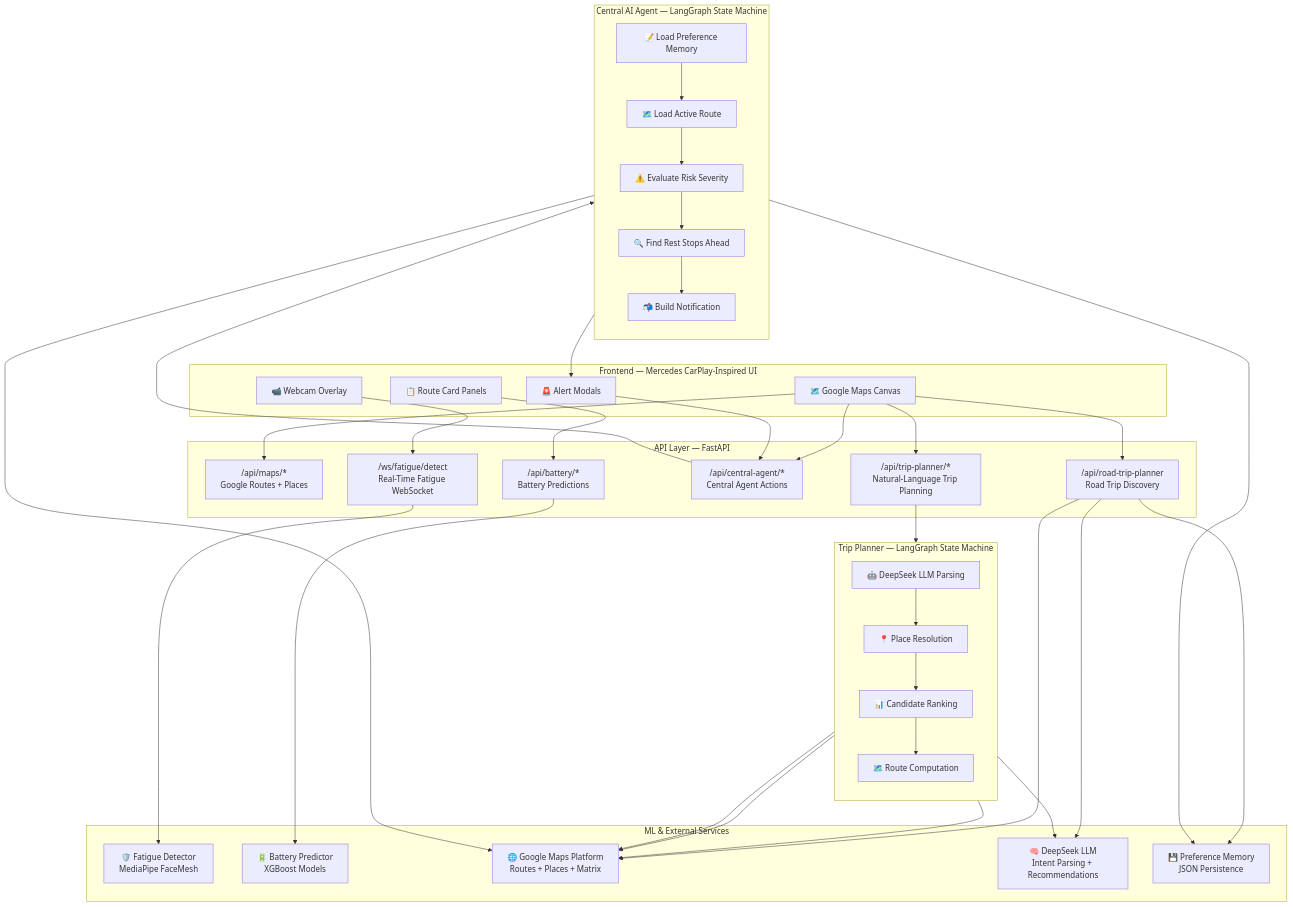
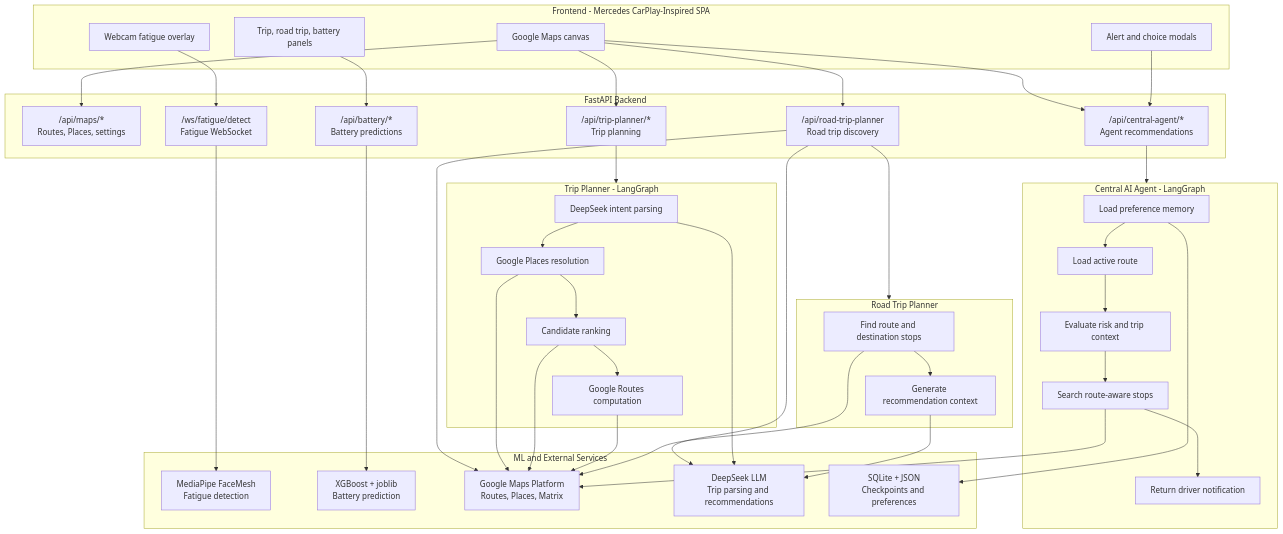
One commit to ethanlxz/mercedes-hackathon-2026 changed the second of 7 diagrams in README.md. Above: the diagram before and after it, drawn with Mermaid. The commit also changed other lines of this file and 17 other files, not shown here.

````diff
--- a/README.md
+++ b/README.md
@@ -132,71 +222,74 @@
 ```mermaid
 graph TB
-    subgraph "Frontend — Mercedes CarPlay-Inspired UI"
-        UI_Map["🗺️ Google Maps Canvas"]
-        UI_Panels["📋 Route Card Panels"]
-        UI_Webcam["📹 Webcam Overlay"]
-        UI_Modal["🚨 Alert Modals"]
+    subgraph Frontend["Frontend - Mercedes CarPlay-Inspired SPA"]
+        UIMap["Google Maps canvas"]
+        UIPanels["Trip, road trip, battery panels"]
+        UIFatigue["Webcam fatigue overlay"]
+        UIModals["Alert and choice modals"]
     end
 
-    subgraph "API Layer — FastAPI"
-        RT_Maps["/api/maps/*<br/>Google Routes + Places"]
-        RT_Trip["/api/trip-planner/*<br/>Natural-Language Trip Planning"]
-        RT_Road["/api/road-trip-planner<br/>Road Trip Discovery"]
-        RT_Agent["/api/central-agent/*<br/>Central Agent Actions"]
-        RT_Battery["/api/battery/*<br/>Battery Predictions"]
-        WS_Fatigue["/ws/fatigue/detect<br/>Real-Time Fatigue WebSocket"]
+    subgraph API["FastAPI Backend"]
+        MapsAPI["/api/maps/*<br/>Routes, Places, settings"]
+        TripAPI["/api/trip-planner/*<br/>Trip planning"]
+        RoadTripAPI["/api/road-trip-planner<br/>Road trip discovery"]
+        AgentAPI["/api/central-agent/*<br/>Agent recommendations"]
+        BatteryAPI["/api/battery/*<br/>Battery predictions"]
+        FatigueWS["/ws/fatigue/detect<br/>Fatigue WebSocket"]
     end
 
-    subgraph "Central AI Agent — LangGraph State Machine"
-        direction TB
-        AG_Pref["📝 Load Preference Memory"]
-        AG_Route["🗺️ Load Active Route"]
-        AG_Risk["⚠️ Evaluate Risk Severity"]
-        AG_Search["🔍 Find Rest Stops Ahead"]
-        AG_Notify["📬 Build Notification"]
-        AG_Pref --> AG_Route --> AG_Risk --> AG_Search --> AG_Notify
+    subgraph Agent["Central AI Agent - LangGraph"]
+        LoadMemory["Load preference memory"]
+        LoadRoute["Load active route"]
+        Evaluate["Evaluate risk and trip context"]
+        Search["Search route-aware stops"]
+        Notify["Return driver notification"]
+        LoadMemory --> LoadRoute --> Evaluate --> Search --> Notify
     end
 
-    subgraph "Trip Planner — LangGraph State Machine"
-        direction TB
-        TP_Parse["🤖 DeepSeek LLM Parsing"]
-        TP_Resolve["📍 Place Resolution"]
-        TP_Rank["📊 Candidate Ranking"]
-        TP_Route["🗺️ Route Computation"]
-        TP_Parse --> TP_Resolve --> TP_Rank --> TP_Route
+    subgraph TripPlanner["Trip Planner - LangGraph"]
+        Parse["DeepSeek intent parsing"]
+        Resolve["Google Places resolution"]
+        Rank["Candidate ranking"]
+        Compute["Google Routes computation"]
+        Parse --> Resolve --> Rank --> Compute
     end
 
-    subgraph "ML & External Services"
-        FAT["🛡️ Fatigue Detector<br/>MediaPipe FaceMesh"]
-        BAT["🔋 Battery Predictor<br/>XGBoost Models"]
-        GM["🌐 Google Maps Platform<br/>Routes + Places + Matrix"]
-        LLM["🧠 DeepSeek LLM<br/>Intent Parsing + Recommendations"]
-        MEM["💾 Preference Memory<br/>JSON Persistence"]
+    subgraph RoadTripPlanner["Road Trip Planner"]
+        Discover["Find route and destination stops"]
+        Explain["Generate recommendation context"]
+        Discover --> Explain
     end
 
-    UI_Map --> RT_Maps
-    UI_Map --> RT_Trip
-    UI_Map --> RT_Road
-    UI_Map --> RT_Agent
-    UI_Panels --> RT_Battery
-    UI_Webcam --> WS_Fatigue
-    UI_Modal --> RT_Agent
+    subgraph Services["ML and External Services"]
+        CV["MediaPipe FaceMesh<br/>Fatigue detection"]
+        ML["XGBoost + joblib<br/>Battery prediction"]
+        Google["Google Maps Platform<br/>Routes, Places, Matrix"]
+        LLM["DeepSeek LLM<br/>Trip parsing and recommendations"]
+        Store["SQLite + JSON<br/>Checkpoints and preferences"]
+    end
 
-    RT_Trip --> TP_Parse
-    TP_Parse --> LLM
-    TP_Resolve --> GM
-    TP_Rank --> GM
-    TP_Route --> GM
+    UIMap --> MapsAPI
+    UIMap --> TripAPI
+    UIMap --> RoadTripAPI
+    UIMap --> AgentAPI
+    UIPanels --> BatteryAPI
+    UIFatigue --> FatigueWS
+    UIModals --> AgentAPI
 
-    RT_Agent --> AG_Pref
-    AG_Search --> GM
-    AG_Search --> MEM
-    AG_Notify --> UI_Modal
+    TripAPI --> TripPlanner
+    RoadTripAPI --> LLM
+    RoadTripAPI --> Google
+    AgentAPI --> Agent
+    BatteryAPI --> ML
+    FatigueWS --> CV
 
-    WS_Fatigue --> FAT
-    RT_Battery --> BAT
-
-    RT_Road --> LLM
-    RT_Road --> GM
-    RT_Road --> MEM
+    Parse --> LLM
+    Resolve --> Google
+    Rank --> Google
+    Compute --> Google
+    RoadTripAPI --> RoadTripPlanner
+    Discover --> Google
+    Explain --> LLM
+    Search --> Google
+    LoadMemory --> Store
 ```
````
